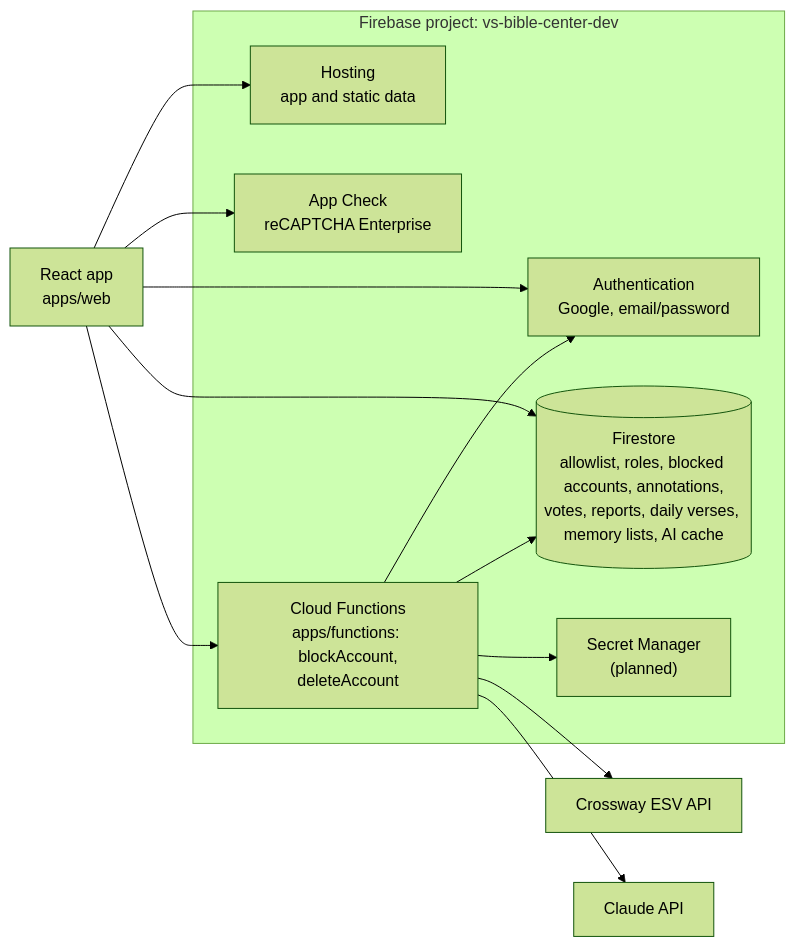
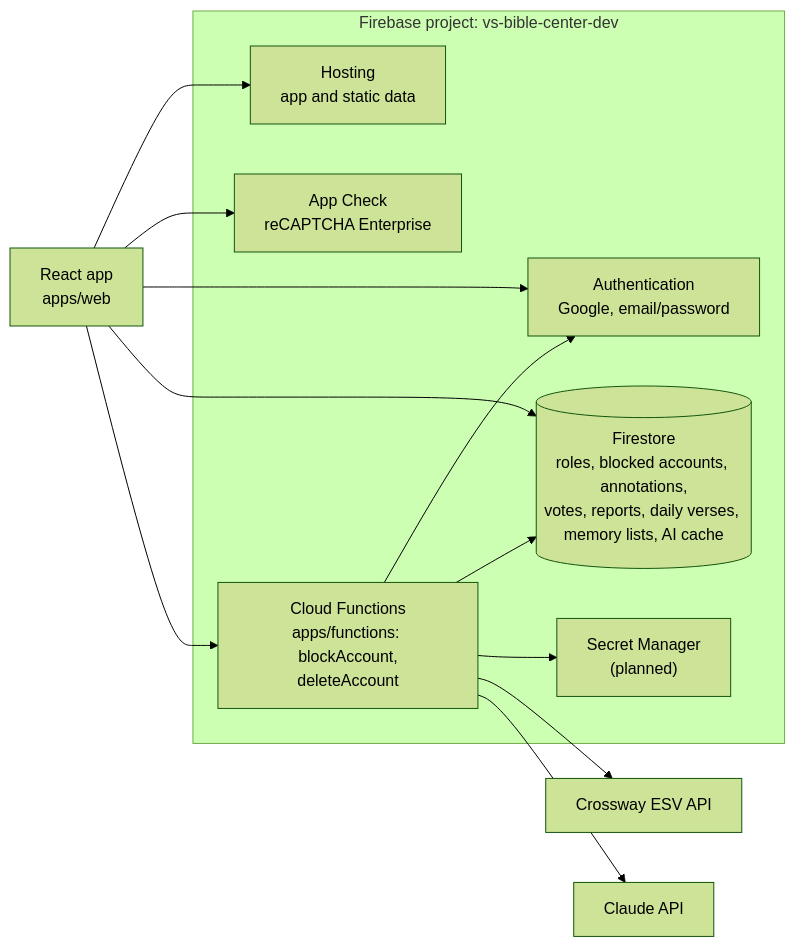
One commit to Valiance-Studios/bible-center changed the first of 24 diagrams in ARCHITECTURE.md. Above: the diagram before and after it, drawn with Mermaid (forest theme). The commit also changed other lines of this file and 48 other files, not shown here.

````diff
--- a/ARCHITECTURE.md
+++ b/ARCHITECTURE.md
@@ -158,27 +158,27 @@
 ```mermaid
 flowchart LR
   browser["React app<br/>apps/web"]
 
   subgraph firebase["Firebase project: vs-bible-center-dev"]
     hosting["Hosting<br/>app and static data"]
     auth["Authentication<br/>Google, email/password"]
-    firestore[("Firestore<br/>allowlist, roles, blocked accounts, annotations,<br/>votes, reports, daily verses, memory lists, AI cache")]
+    firestore[("Firestore<br/>roles, blocked accounts, annotations,<br/>votes, reports, daily verses, memory lists, AI cache")]
     appcheck["App Check<br/>reCAPTCHA Enterprise"]
     functions["Cloud Functions<br/>apps/functions: blockAccount,<br/>deleteAccount"]
     secrets["Secret Manager<br/>(planned)"]
   end
 
   esv["Crossway ESV API"]
   claude["Claude API"]
 
   browser --> hosting
   browser --> auth
   browser --> firestore
   browser --> appcheck
   browser --> functions
   functions --> secrets
   functions --> firestore
   functions --> auth
   functions --> esv
   functions --> claude
 ```
````
